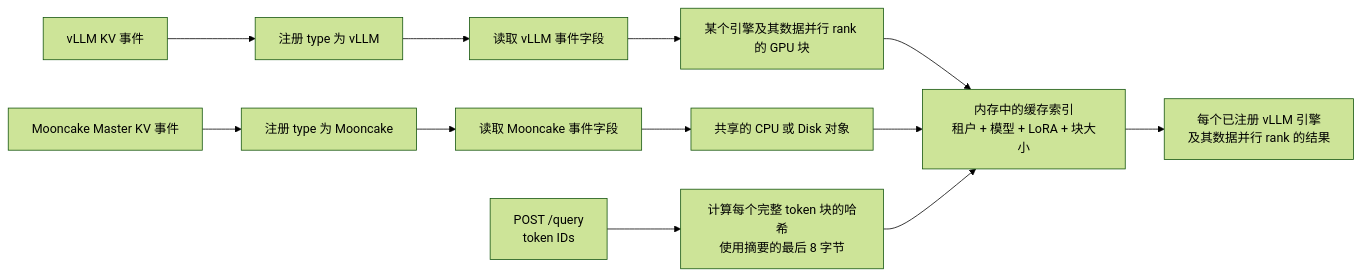
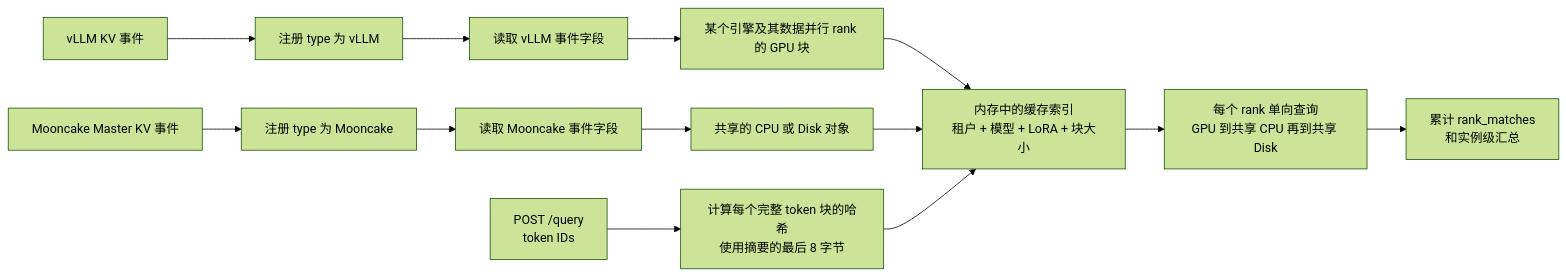
One commit to kvcache-ai/Mooncake changed the diagram in docs/source/zh/design/conductor/conductor-architecture-design.md. Above: the diagram before and after it, drawn with Mermaid (forest theme). The commit also changed other lines of this file and 17 other files, not shown here.

````diff
--- a/docs/source/zh/design/conductor/conductor-architecture-design.md
+++ b/docs/source/zh/design/conductor/conductor-architecture-design.md
@@ -9,14 +9,15 @@
 ```mermaid
 flowchart LR
     V["vLLM KV 事件"] --> VR["注册 type 为 vLLM"]
     M["Mooncake Master KV 事件"] --> MR["注册 type 为 Mooncake"]
     VR --> VD["读取 vLLM 事件字段"]
     MR --> MD["读取 Mooncake 事件字段"]
     VD --> G["某个引擎及其数据并行 rank 的 GPU 块"]
     MD --> S["共享的 CPU 或 Disk 对象"]
     G --> I["内存中的缓存索引<br/>租户 + 模型 + LoRA + 块大小"]
     S --> I
     Q["POST /query<br/>token IDs"] --> H["计算每个完整 token 块的哈希<br/>使用摘要的最后 8 字节"]
     H --> I
-    I --> R["每个已注册 vLLM 引擎<br/>及其数据并行 rank 的结果"]
+    I --> P["每个 rank 单向查询<br/>GPU 到共享 CPU 再到共享 Disk"]
+    P --> R["累计 rank_matches<br/>和实例级汇总"]
 ```
````
